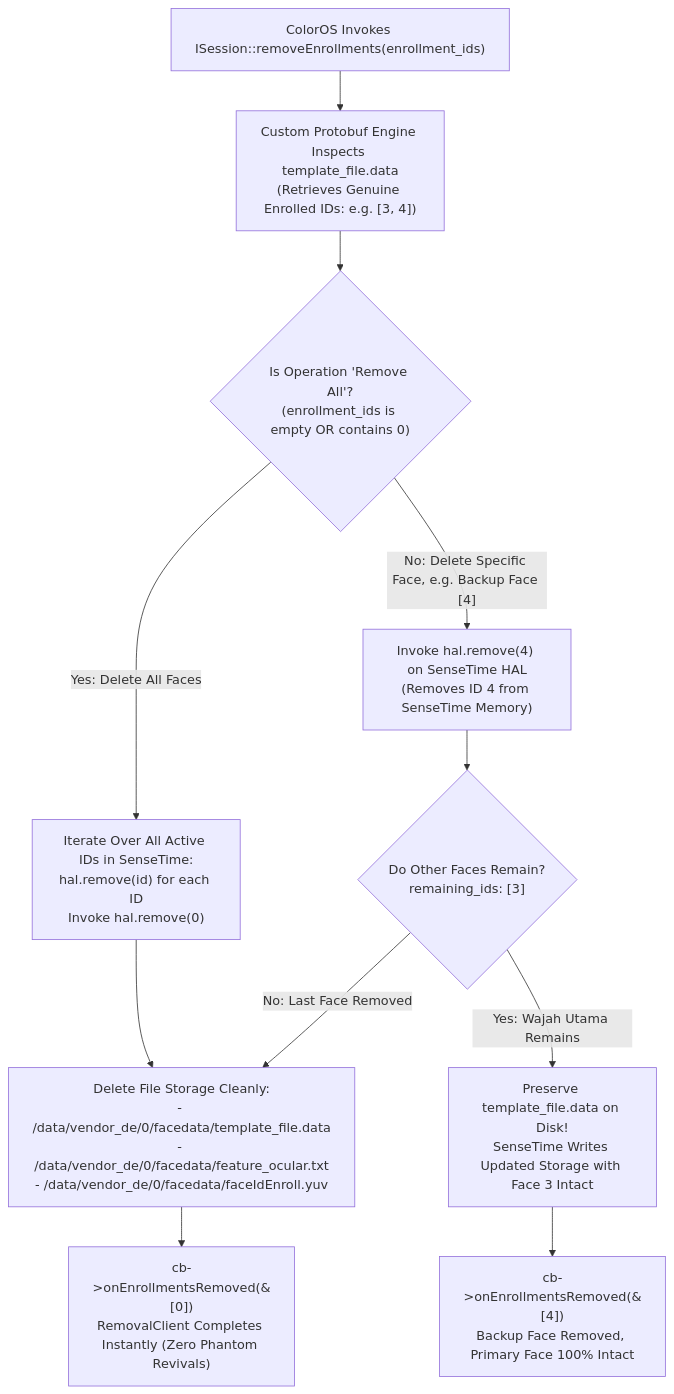
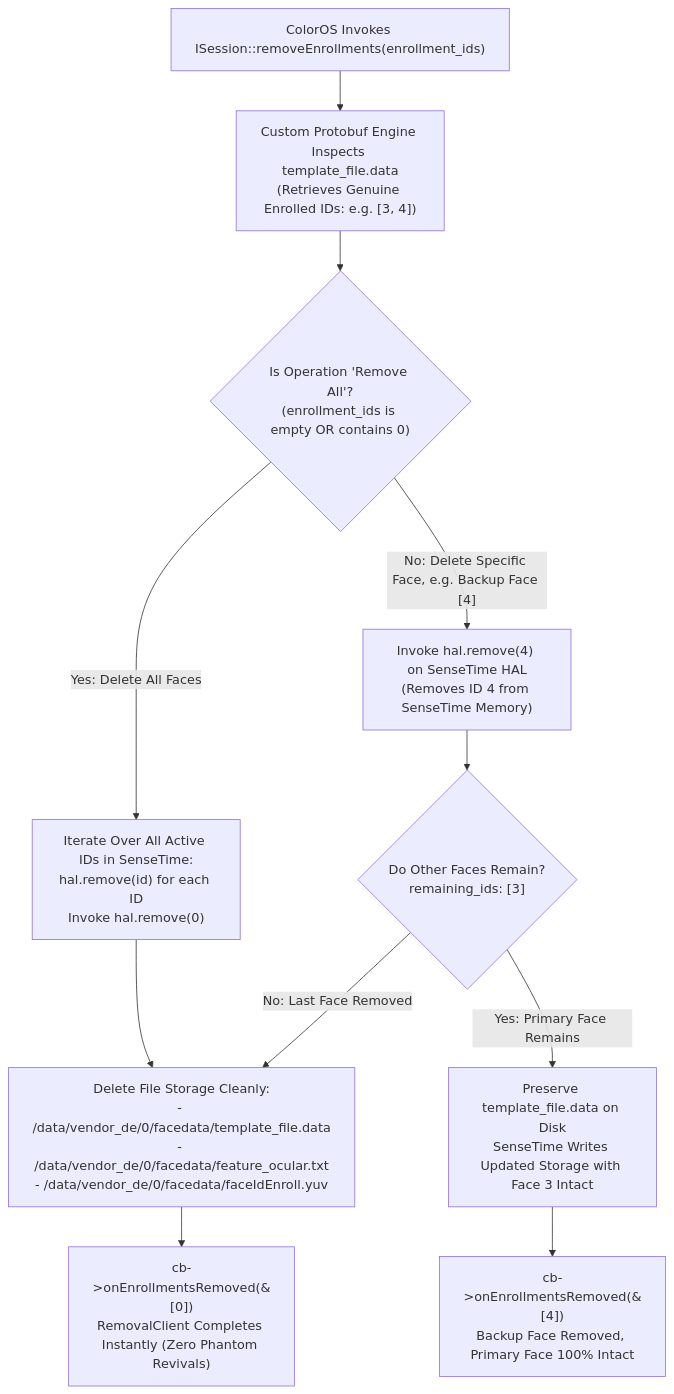
Before and after one commit to RapliVx/OPlus-Face-Bridge-Transsion: the fifth of 5 diagrams in README.md, drawn with Mermaid. The commit also changed other lines of this file, not shown here.

````diff
--- a/README.md
+++ b/README.md
@@ -238,18 +238,18 @@
 ```mermaid
 flowchart TD
     REQ["ColorOS Invokes ISession::removeEnrollments(enrollment_ids)"] --> PARSE["Custom Protobuf Engine Inspects template_file.data\n(Retrieves Genuine Enrolled IDs: e.g. [3, 4])"]
 
     PARSE --> CHECK_MODE{"Is Operation 'Remove All'?\n(enrollment_ids is empty OR contains 0)"}
 
     CHECK_MODE -- "Yes: Delete All Faces" --> REMOVE_ALL["Iterate Over All Active IDs in SenseTime:\nhal.remove(id) for each ID\nInvoke hal.remove(0)"]
     REMOVE_ALL --> CLEAN_FILES["Delete File Storage Cleanly:\n- /data/vendor_de/0/facedata/template_file.data\n- /data/vendor_de/0/facedata/feature_ocular.txt\n- /data/vendor_de/0/facedata/faceIdEnroll.yuv"]
     CLEAN_FILES --> ACK_ALL["cb->onEnrollmentsRemoved(&[0])\nRemovalClient Completes Instantly (Zero Phantom Revivals)"]
 
     CHECK_MODE -- "No: Delete Specific Face, e.g. Backup Face [4]" --> REMOVE_SINGLE["Invoke hal.remove(4) on SenseTime HAL\n(Removes ID 4 from SenseTime Memory)"]
     REMOVE_SINGLE --> CHECK_REMAIN{"Do Other Faces Remain?\nremaining_ids: [3]"}
 
-    CHECK_REMAIN -- "Yes: Wajah Utama Remains" --> KEEP_FILES["Preserve template_file.data on Disk!\nSenseTime Writes Updated Storage with Face 3 Intact"]
+    CHECK_REMAIN -- "Yes: Primary Face Remains" --> KEEP_FILES["Preserve template_file.data on Disk\nSenseTime Writes Updated Storage with Face 3 Intact"]
     KEEP_FILES --> ACK_SINGLE["cb->onEnrollmentsRemoved(&[4])\nBackup Face Removed, Primary Face 100% Intact"]
 
     CHECK_REMAIN -- "No: Last Face Removed" --> CLEAN_FILES
 ```
````
